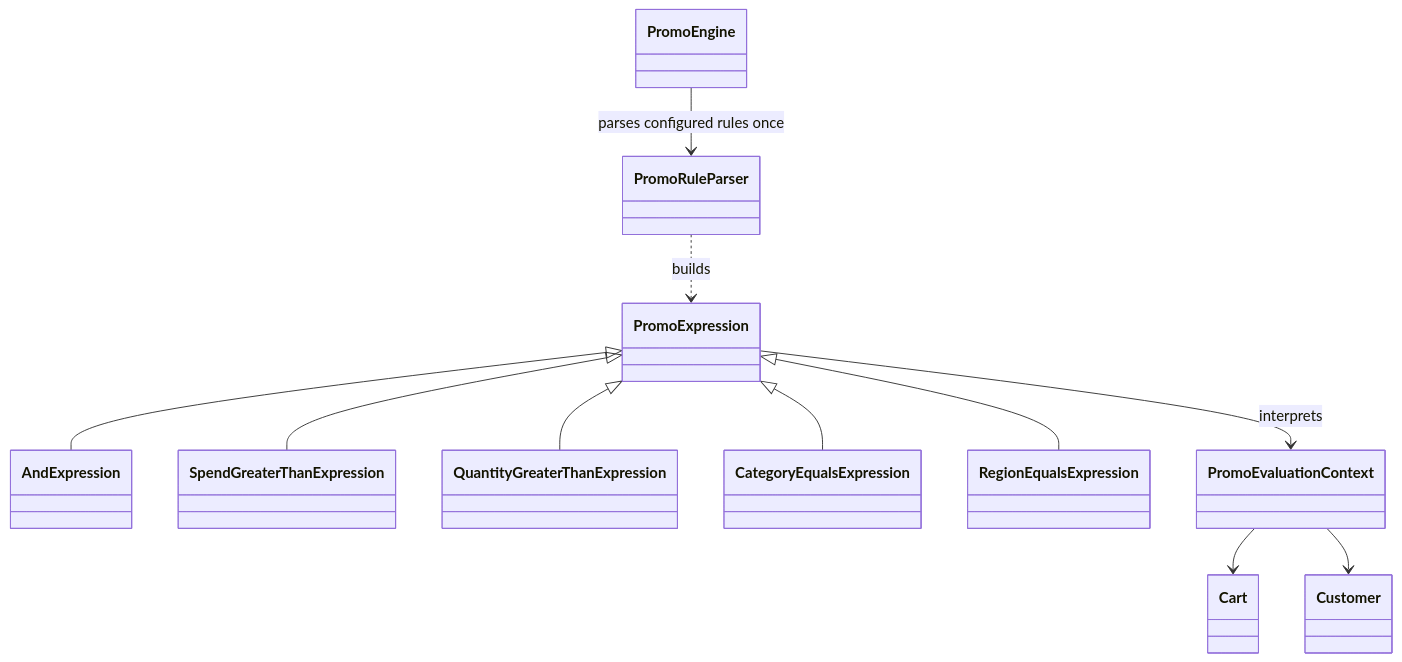
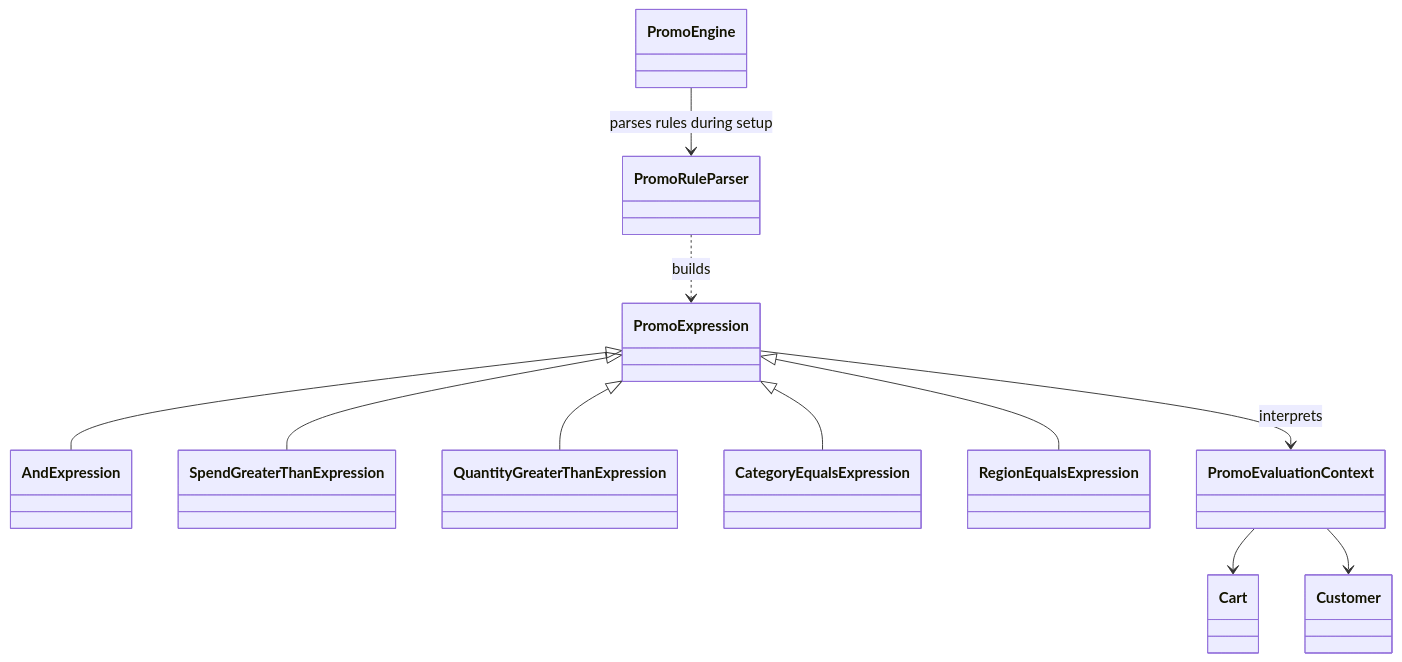
One commit to vaughnellis/gang-of-four-in-action changed the first of 2 diagrams in patterns/behavioral/interpreter/README.md. Above: the diagram before and after it, drawn with Mermaid. The commit also changed other lines of this file and 34 other files, not shown here.

````diff
--- a/patterns/behavioral/interpreter/README.md
+++ b/patterns/behavioral/interpreter/README.md
@@ -30,13 +70,13 @@
 ```mermaid
 classDiagram
-    PromoEngine --> PromoRuleParser : parses configured rules once
+    PromoEngine --> PromoRuleParser : parses rules during setup
     PromoRuleParser ..> PromoExpression : builds
     PromoExpression <|-- AndExpression
     PromoExpression <|-- SpendGreaterThanExpression
     PromoExpression <|-- QuantityGreaterThanExpression
     PromoExpression <|-- CategoryEqualsExpression
     PromoExpression <|-- RegionEqualsExpression
     PromoExpression --> PromoEvaluationContext : interprets
     PromoEvaluationContext --> Cart
     PromoEvaluationContext --> Customer
 ```
````
